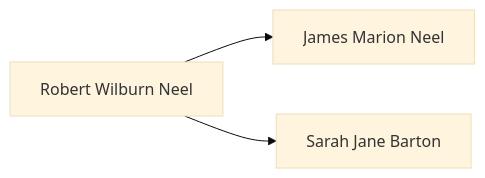
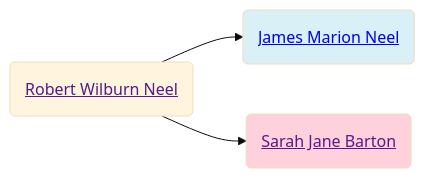
Before and after one commit to neelsmith/avocational: the diagram in familyhistory/sources/people/Neel-line/Robert_Wilburn_Neel.qmd, drawn with Mermaid (base theme). The commit also changed 71 other files, not shown here.

````diff
--- a/familyhistory/sources/people/Neel-line/Robert_Wilburn_Neel.qmd
+++ b/familyhistory/sources/people/Neel-line/Robert_Wilburn_Neel.qmd
@@ -19,5 +19,11 @@
 ```{mermaid}
 graph LR
-Robert_Wilburn_Neel[Robert Wilburn Neel] -->  James_Marion_Neel[James Marion Neel]
-Robert_Wilburn_Neel[Robert Wilburn Neel]  --> _Sarah_Jane_Barton[ Sarah Jane Barton]
+Robert_Wilburn_Neel(<a href=''>Robert Wilburn Neel</>) -->  James_Marion_Neel(<a href='./James_Marion_Neel.html'>James Marion Neel</>)
+class James_Marion_Neel father
+Robert_Wilburn_Neel(<a href=''>Robert Wilburn Neel</>)  --> _Sarah_Jane_Barton(<a href=''> Sarah Jane Barton</>)
+class _Sarah_Jane_Barton mother
+classDef mother fill:#ffd1dc
+classDef father fill:#daf0f7  
+classDef marriage fill:#ffffff
+
 ```
````
